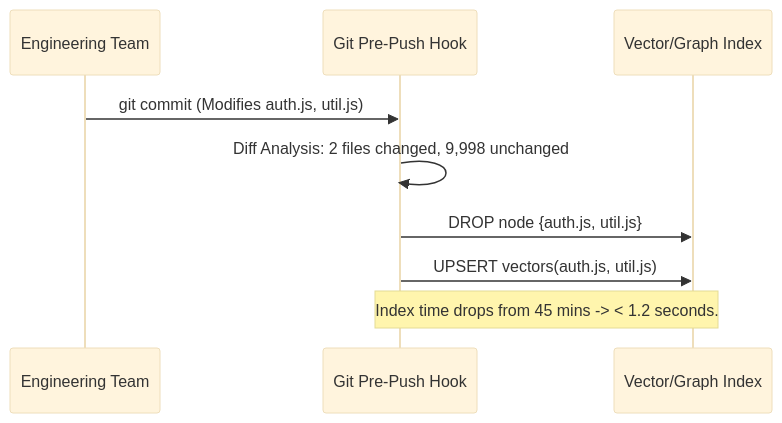
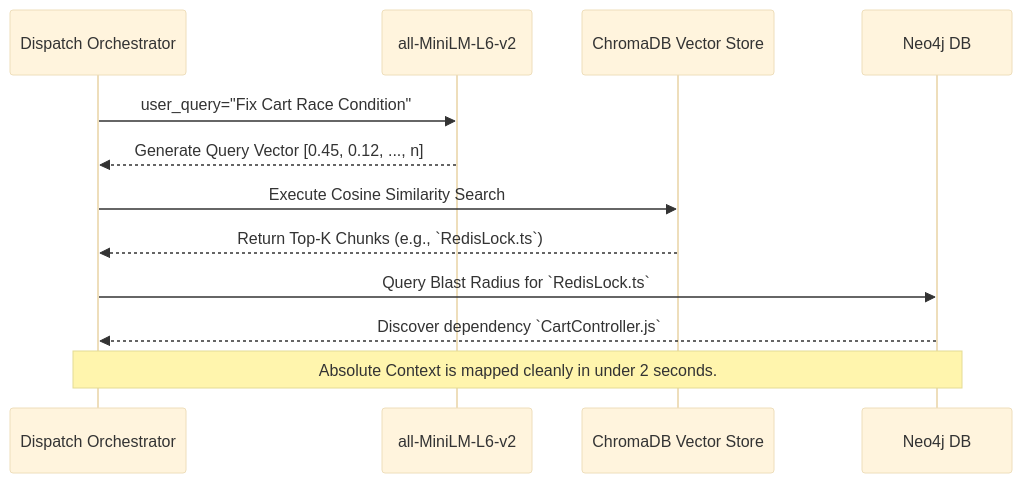
Before and after one commit to huudangdev/.agents: the second of 7 diagrams in ENTERPRISE_ARCHITECTURE.md, drawn with Mermaid (base theme). The commit also changed other lines of this file, not shown here.

Commit message:
docs(architecture): Vast conceptual expansion of Enterprise Blueprint adding 6 structural Mermaid models, exhaustive API cost metrics, and deep Ephemeral CI implementation case studies

````diff
--- a/ENTERPRISE_ARCHITECTURE.md
+++ b/ENTERPRISE_ARCHITECTURE.md
@@ -79,12 +56,15 @@
 ```mermaid
 sequenceDiagram
-    participant Dev as Engineering Team
-    participant Hook as Git Pre-Push Hook
-    participant DB as Vector/Graph Index
+    participant Agent as Dispatch Orchestrator
+    participant Model as all-MiniLM-L6-v2
+    participant Chroma as ChromaDB Vector Store
+    participant Graph as Neo4j DB
     
-    Dev->>Hook: git commit (Modifies auth.js, util.js)
-    Hook->>Hook: Diff Analysis: 2 files changed, 9,998 unchanged
-    Hook->>DB: DROP node {auth.js, util.js}
-    Hook->>DB: UPSERT vectors(auth.js, util.js)
-    Note over Hook, DB: Index time drops from 45 mins -> < 1.2 seconds.
+    Agent->>Model: user_query="Fix Cart Race Condition"
+    Model-->>Agent: Generate Query Vector [0.45, 0.12, ..., n]
+    Agent->>Chroma: Execute Cosine Similarity Search
+    Chroma-->>Agent: Return Top-K Chunks (e.g., `RedisLock.ts`)
+    Agent->>Graph: Query Blast Radius for `RedisLock.ts`
+    Graph-->>Agent: Discover dependency `CartController.js`
+    Note over Agent, Graph: Absolute Context is mapped cleanly in under 2 seconds.
 ```
````
